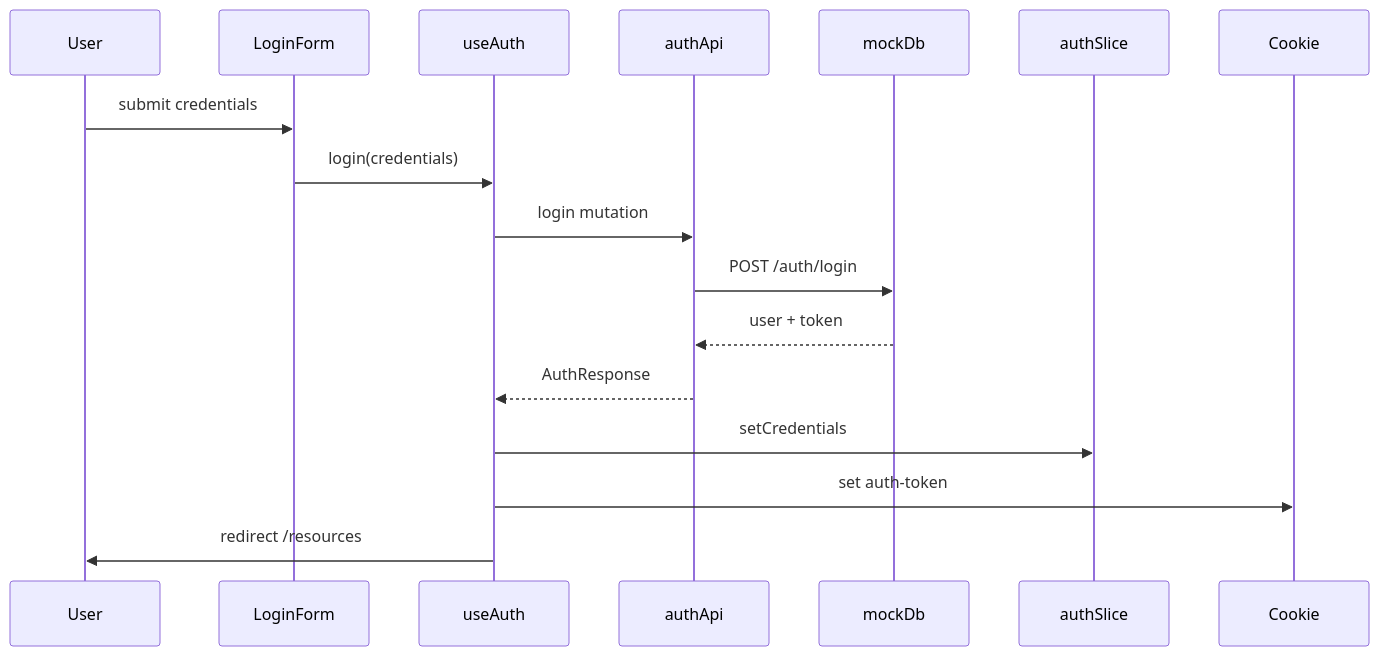
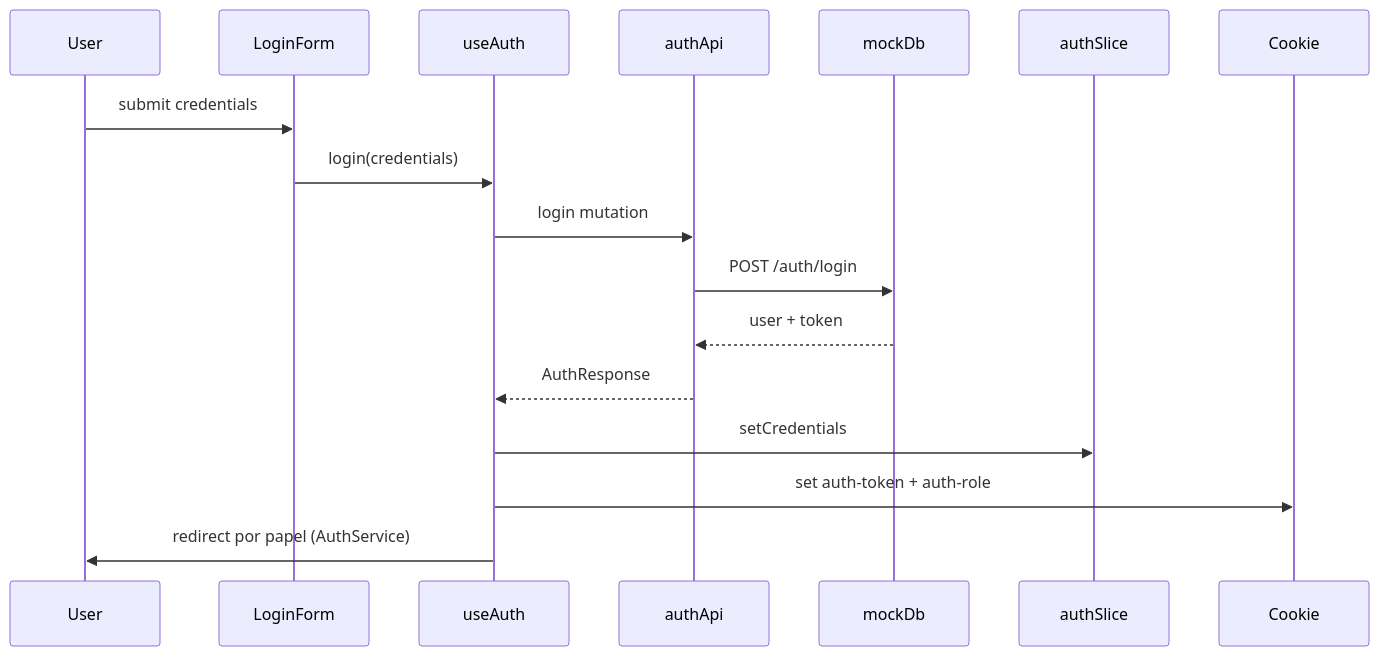
Before and after one commit to matheusfer0902/batente-frontend: the diagram in docs/auth.md, drawn with Mermaid. The commit also changed other lines of this file and 33 other files, not shown here.

````diff
--- a/docs/auth.md
+++ b/docs/auth.md
@@ -5,20 +5,20 @@
 ```mermaid
 sequenceDiagram
     participant User
     participant LoginForm
     participant useAuth
     participant authApi
     participant mockDb
     participant authSlice
     participant Cookie
 
     User->>LoginForm: submit credentials
     LoginForm->>useAuth: login(credentials)
     useAuth->>authApi: login mutation
     authApi->>mockDb: POST /auth/login
     mockDb-->>authApi: user + token
     authApi-->>useAuth: AuthResponse
     useAuth->>authSlice: setCredentials
-    useAuth->>Cookie: set auth-token
-    useAuth->>User: redirect /resources
+    useAuth->>Cookie: set auth-token + auth-role
+    useAuth->>User: redirect por papel (AuthService)
 ```
````
